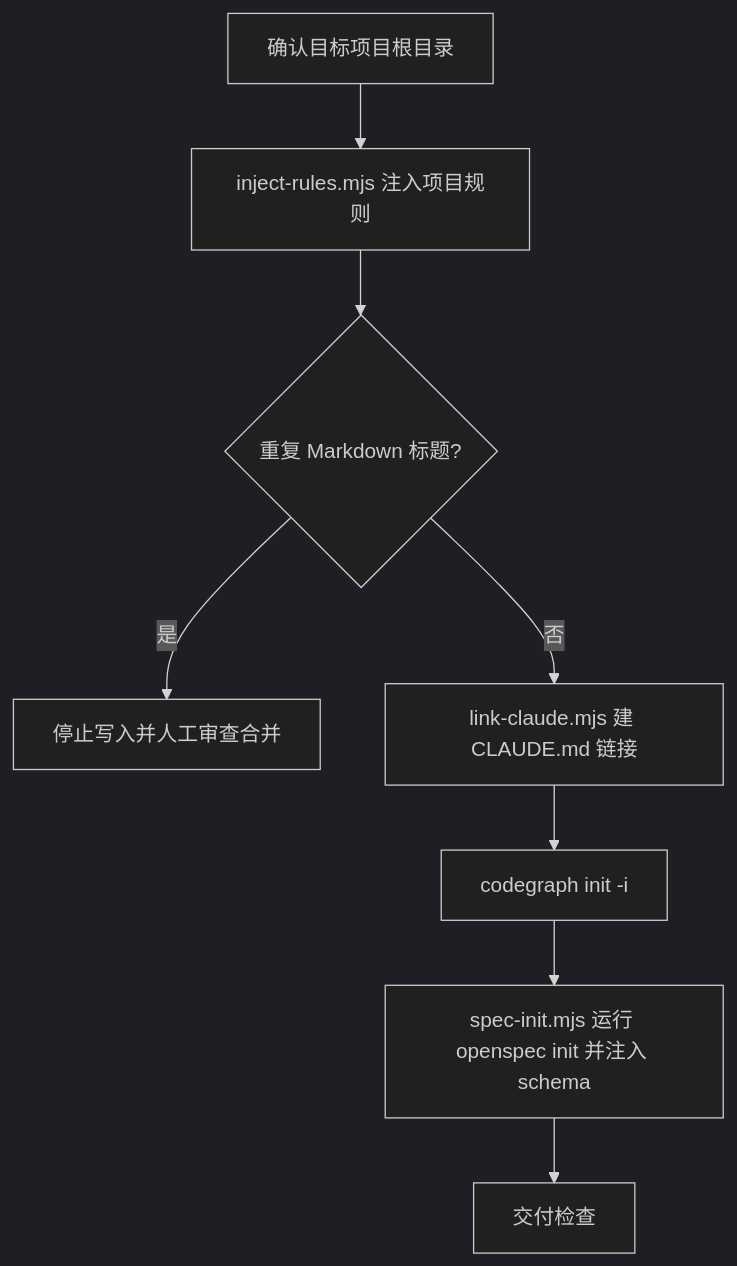
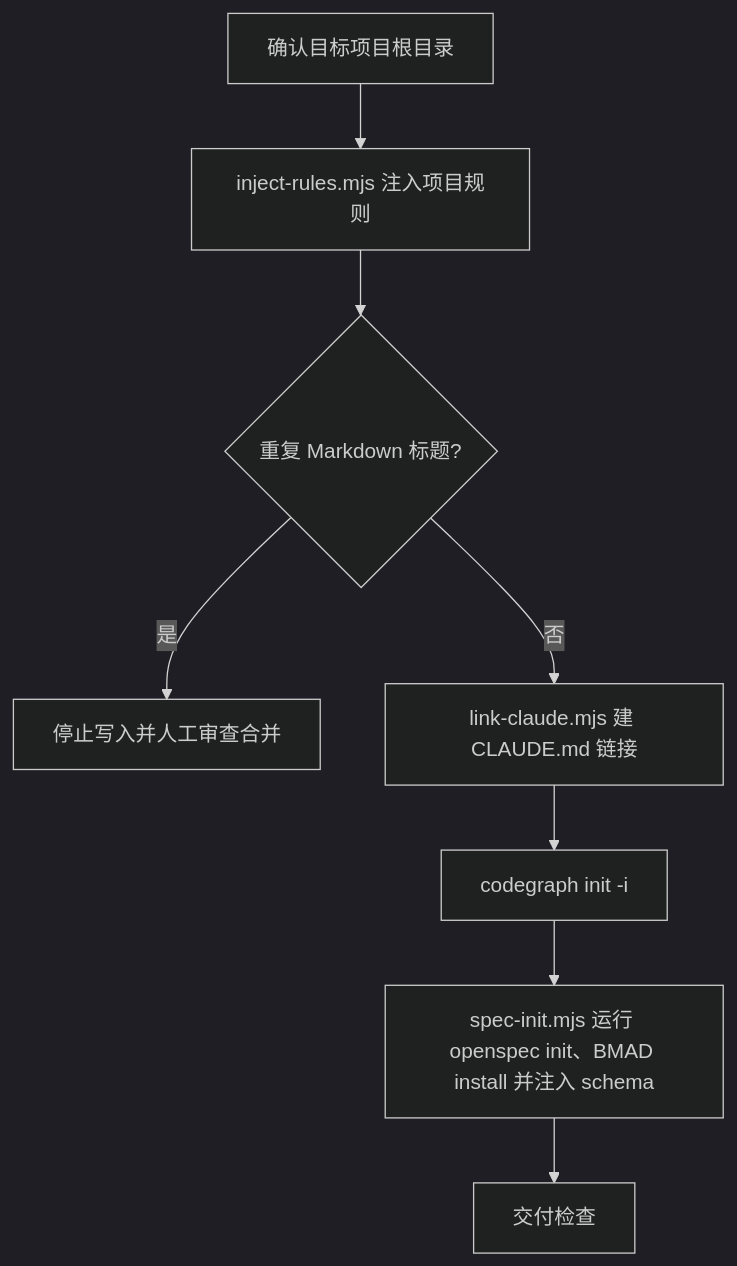
Before and after one commit to moluoxixi/AIRules: the diagram in roles/development/skills/init-project/SKILL.md, drawn with Mermaid (dark theme). The commit also changed other lines of this file and 28 other files, not shown here.

````diff
--- a/roles/development/skills/init-project/SKILL.md
+++ b/roles/development/skills/init-project/SKILL.md
@@ -29,10 +29,10 @@
 ```mermaid
 flowchart TD
   A[确认目标项目根目录] --> B[inject-rules.mjs 注入项目规则]
   B --> C{重复 Markdown 标题?}
   C -->|是| D[停止写入并人工审查合并]
   C -->|否| E[link-claude.mjs 建 CLAUDE.md 链接]
   E --> F[codegraph init -i]
-  F --> G[spec-init.mjs 运行 openspec init 并注入 schema]
+  F --> G[spec-init.mjs 运行 openspec init、BMAD install 并注入 schema]
   G --> H[交付检查]
 ```
````
